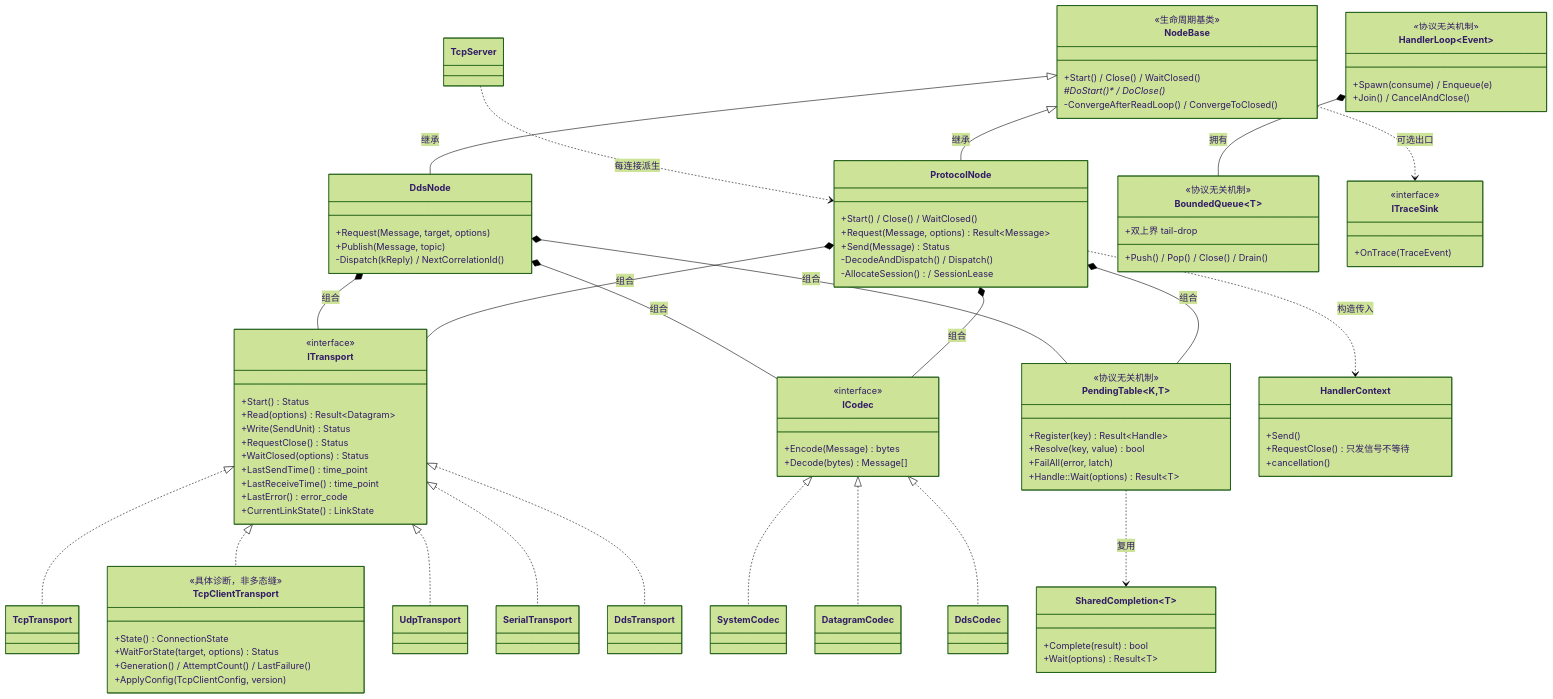
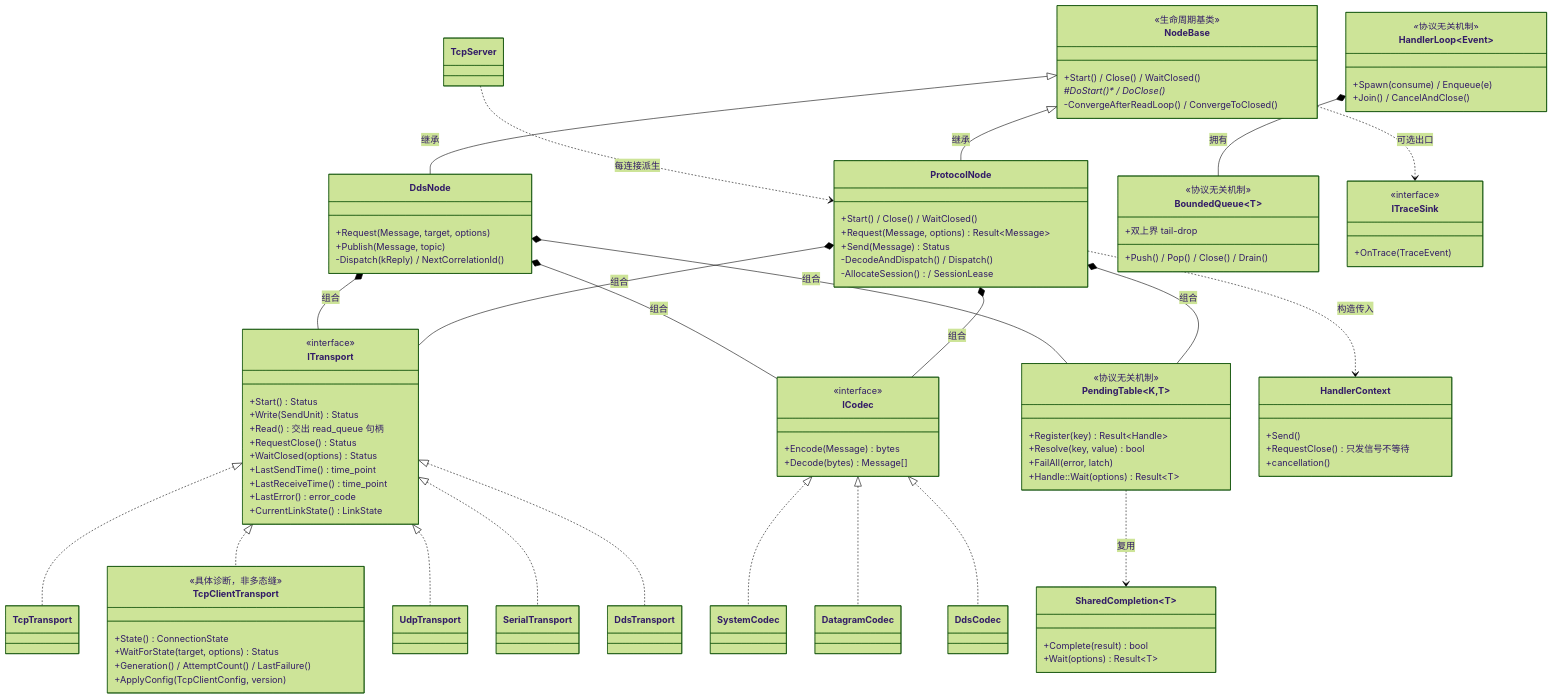
Before and after one commit to Ste7an-cs/Transport: the diagram in docs/diagrams/arch-class.mmd, drawn with Mermaid (forest theme). The commit also changed 6 other files, not shown here.

```diff
--- a/docs/diagrams/arch-class.mmd
+++ b/docs/diagrams/arch-class.mmd
@@ -1,108 +1,108 @@
 classDiagram
     direction TB
 
     class ITransport {
         <<interface>>
         +Start() Status
-        +Read(options) Result~Datagram~
         +Write(SendUnit) Status
+        +Read() 交出 read_queue 句柄
         +RequestClose() Status
         +WaitClosed(options) Status
         +LastSendTime() time_point
         +LastReceiveTime() time_point
         +LastError() error_code
         +CurrentLinkState() LinkState
     }
     class ICodec {
         <<interface>>
         +Encode(Message) bytes
         +Decode(bytes) Message[]
     }
 
     class ProtocolNode {
         +Start() / Close() / WaitClosed()
         +Request(Message, options) Result~Message~
         +Send(Message) Status
         -DecodeAndDispatch() / Dispatch()
         -AllocateSession() / SessionLease
     }
     class DdsNode {
         +Request(Message, target, options)
         +Publish(Message, topic)
         -Dispatch(kReply) / NextCorrelationId()
     }
     class NodeBase {
         <<生命周期基类>>
         +Start() / Close() / WaitClosed()
         #DoStart()* / DoClose()*
         -ConvergeAfterReadLoop() / ConvergeToClosed()
     }
     class HandlerLoop~Event~ {
         <<协议无关机制>>
         +Spawn(consume) / Enqueue(e)
         +Join() / CancelAndClose()
     }
     class PendingTable~K,T~ {
         <<协议无关机制>>
         +Register(key) Result~Handle~
         +Resolve(key, value) bool
         +FailAll(error, latch)
         +Handle::Wait(options) Result~T~
     }
     class BoundedQueue~T~ {
         <<协议无关机制>>
         +Push() / Pop() / Close() / Drain()
         +双上界 tail-drop
     }
     class HandlerContext {
         +Send()
         +RequestClose() 只发信号不等待
         +cancellation()
     }
     class SharedCompletion~T~ {
         +Complete(result) bool
         +Wait(options) Result~T~
     }
     class ITraceSink {
         <<interface>>
         +OnTrace(TraceEvent)
     }
 
     class TcpTransport
     class TcpClientTransport {
         <<具体诊断，非多态缝>>
         +State() ConnectionState
         +WaitForState(target, options) Status
         +Generation() / AttemptCount() / LastFailure()
         +ApplyConfig(TcpClientConfig, version)
     }
     class UdpTransport
     class SerialTransport
     class DdsTransport
     class TcpServer
     class SystemCodec
     class DatagramCodec
     class DdsCodec
 
     ITransport <|.. TcpTransport
     ITransport <|.. TcpClientTransport
     ITransport <|.. UdpTransport
     ITransport <|.. SerialTransport
     ITransport <|.. DdsTransport
     ICodec <|.. SystemCodec
     ICodec <|.. DatagramCodec
     ICodec <|.. DdsCodec
 
     ProtocolNode *-- ITransport : 组合
     ProtocolNode *-- ICodec : 组合
     ProtocolNode *-- PendingTable : 组合
     NodeBase <|-- ProtocolNode : 继承
     DdsNode *-- ITransport : 组合
     DdsNode *-- ICodec : 组合
     DdsNode *-- PendingTable : 组合
     NodeBase <|-- DdsNode : 继承
     HandlerLoop *-- BoundedQueue : 拥有
     PendingTable ..> SharedCompletion : 复用
     ProtocolNode ..> HandlerContext : 构造传入
     TcpServer ..> ProtocolNode : 每连接派生
     NodeBase ..> ITraceSink : 可选出口
```
